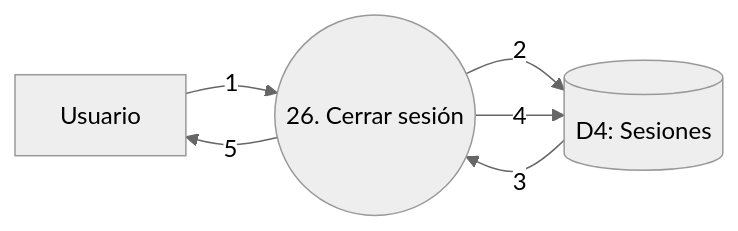
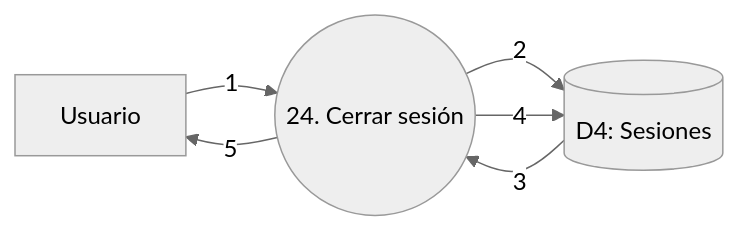
Before and after one commit to fasempertegui/Matchpoint-Taller: diagram 24 of 24 in docs/DFD.md, drawn with Mermaid (neutral theme). The commit also changed other lines of this file, not shown here.

````diff
--- a/docs/DFD.md
+++ b/docs/DFD.md
@@ -703,12 +654,12 @@
 ```mermaid
 flowchart LR
     U[Usuario]
-    P((26. Cerrar sesión))
+    P((24. Cerrar sesión))
     D4[(D4: Sesiones)]
 
     U -->|1| P
     P -->|2| D4
     D4 -->|3| P
     P -->|4| D4
     P -->|5| U
 ```
````
